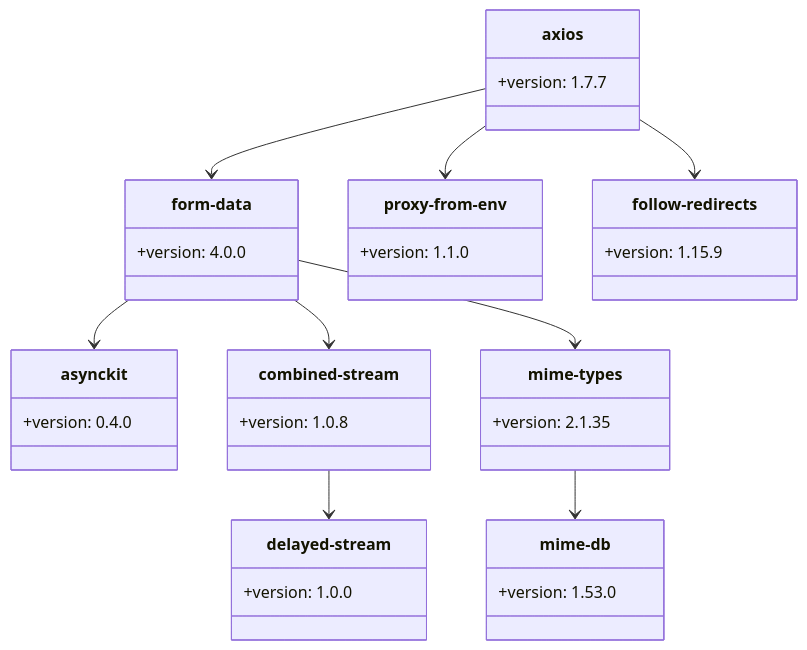
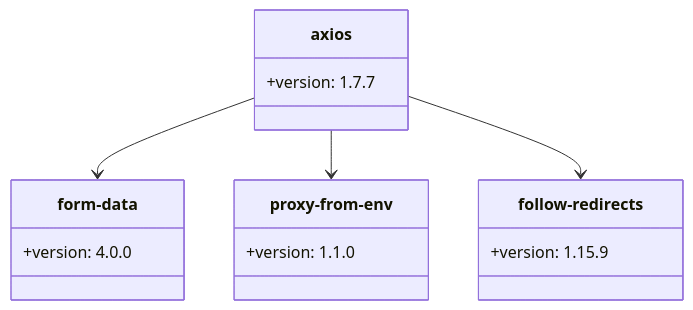
Before and after one commit to Kirill555dg/CM_practice: the diagram in DZ2_GraphVisualizer/axios_dependency_graph.mmd, drawn with Mermaid. The commit also changed 7 other files, not shown here.

```diff
--- a/DZ2_GraphVisualizer/axios_dependency_graph.mmd
+++ b/DZ2_GraphVisualizer/axios_dependency_graph.mmd
@@ -1,36 +1,16 @@
 classDiagram
   class axios {
     +version: 1.7.7
   }
   axios --> form-data
   axios --> proxy-from-env
   axios --> follow-redirects
   class form-data {
     +version: 4.0.0
   }
-  form-data --> asynckit
-  form-data --> combined-stream
-  form-data --> mime-types
-  class asynckit {
-    +version: 0.4.0
-  }
-  class combined-stream {
-    +version: 1.0.8
-  }
-  combined-stream --> delayed-stream
-  class delayed-stream {
-    +version: 1.0.0
-  }
-  class mime-types {
-    +version: 2.1.35
-  }
-  mime-types --> mime-db
-  class mime-db {
-    +version: 1.53.0
-  }
   class proxy-from-env {
     +version: 1.1.0
   }
   class follow-redirects {
     +version: 1.15.9
   }
```
